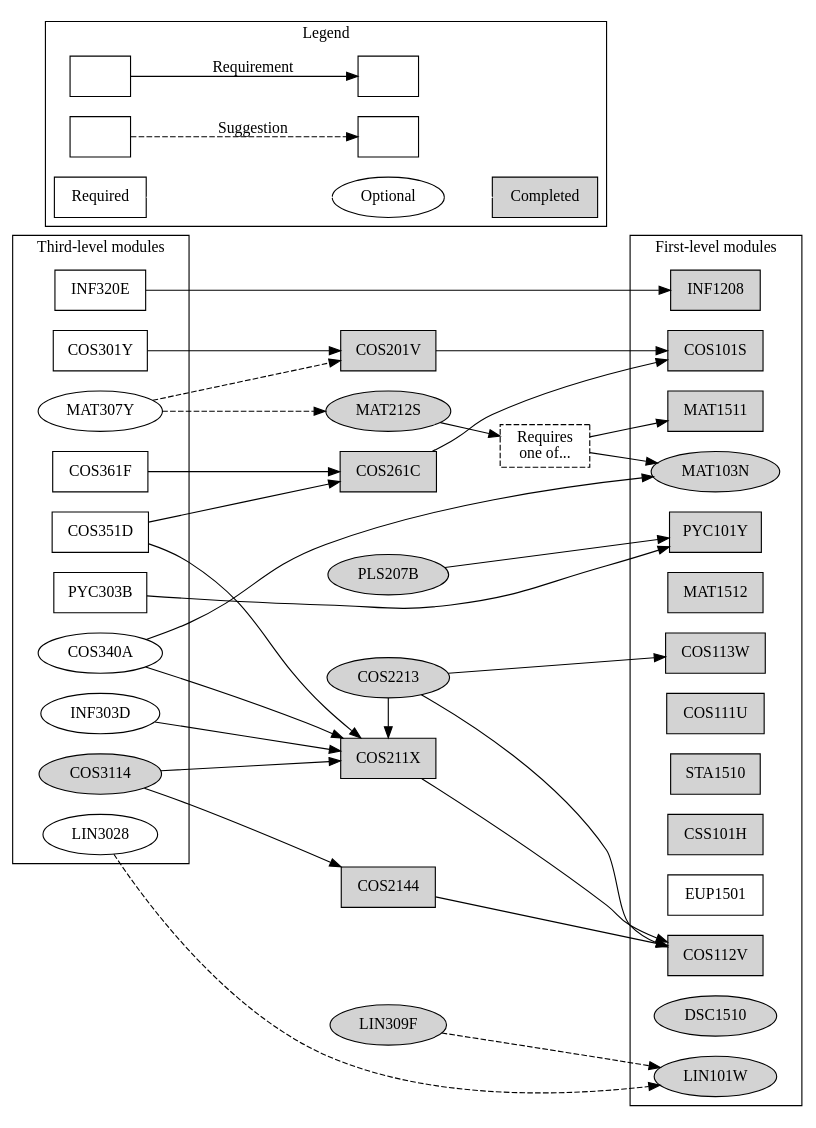
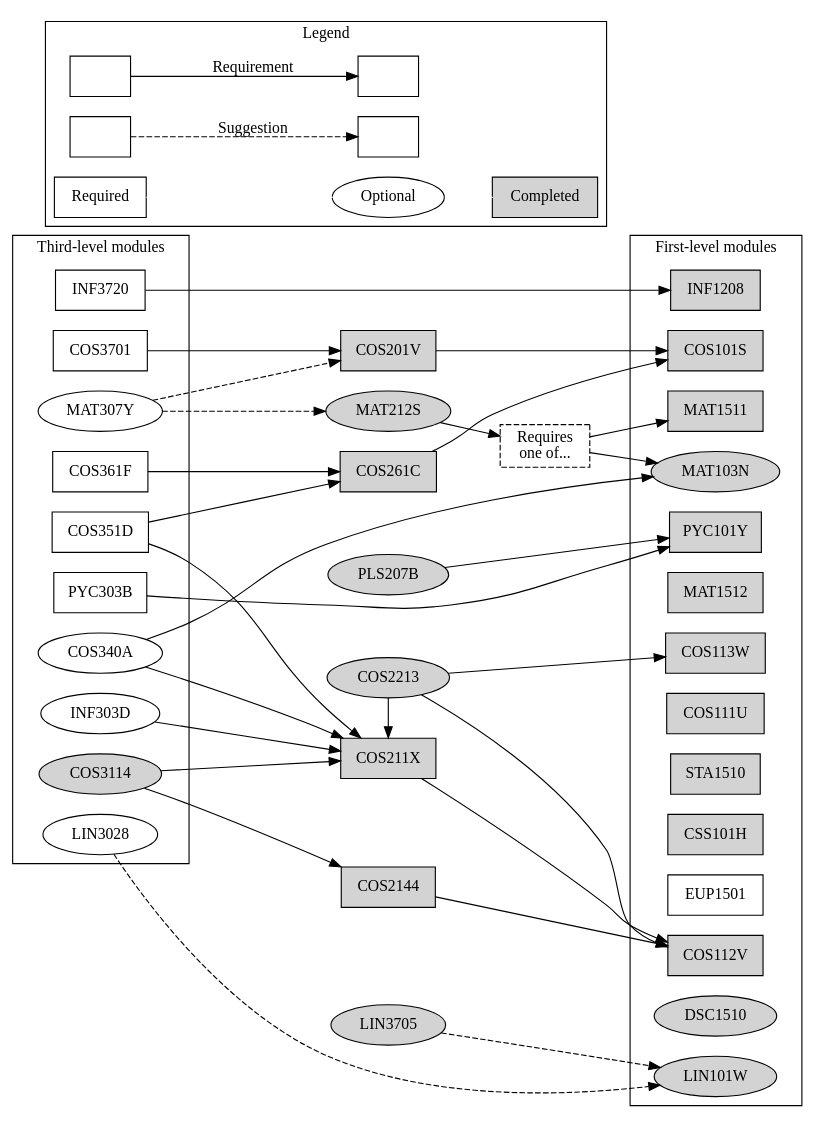
One commit to apauley/unisa-module-graph changed the diagram in ComputationalIntelligence.dot. Above: the diagram before and after it, drawn with Graphviz. The commit also changed 1 other file, not shown here.

```diff
--- a/ComputationalIntelligence.dot
+++ b/ComputationalIntelligence.dot
@@ -1,85 +1,85 @@
 digraph ComputationalIntelligence {
     node [shape=box];
     rankdir=LR;
 
     subgraph cluster3 {
         label = "Third-level modules";
 
         {rank=same;
-        COS301Y INF320E COS351D COS361F PYC303B}
+        COS3701 INF3720 COS351D COS361F PYC303B}
 
         {rank=same; node [shape=ellipse];
         COS3114 [style=filled]
         MAT307Y COS340A
         INF303D
         LIN3028}
     }
 
     {rank=same; node [style=filled];
     COS201V COS211X COS261C COS2144}
 
     {rank=same; node [style=filled]; node [shape=ellipse];
-    PLS207B MAT212S COS2213 LIN309F}
+    PLS207B MAT212S COS2213 LIN3705}
 
     MAT103OR151 [label="Requires\none of...", style=dashed];
 
     subgraph cluster1 {
         label = "First-level modules";
 
         {rank=same;
         {node [style=filled];
               COS101S COS112V COS113W INF1208 MAT1511 MAT1512
               PYC101Y COS111U STA1510 CSS101H}
         EUP1501}
 
         {rank=same; node [shape=ellipse];
             {node [style=filled];
                 MAT103N DSC1510 LIN101W}}
     }
 
 
     subgraph cluster0 {
         rankdir=LR;
         label = "Legend";
 
         Module1 [label=""];
         Module2 [label=""];
         Module3 [label=""];
         Module4 [label=""];
         Module2 -> Module1 [label="Requirement"]
         Module4 -> Module3 [label="Suggestion", style=dashed]
 
         Required;
         Completed [style=filled];
         Optional [shape=ellipse];
         Required -> Optional [color=white];
         Optional -> Completed [color=white];
     }
 
 
-    COS301Y -> {COS201V}
-    INF320E -> {INF1208}
+    COS3701 -> {COS201V}
+    INF3720 -> {INF1208}
     COS351D -> {COS211X COS261C}
     COS361F -> {COS261C}
     PYC303B -> {PYC101Y}
 
     COS3114 -> {COS211X COS2144}
     MAT307Y -> {MAT212S COS201V} [style=dashed]
     INF303D -> {COS211X}
     LIN3028 -> {LIN101W} [style=dashed]
     COS340A -> {COS211X MAT103N}
 
 
     COS201V -> {COS101S}
     COS211X -> {COS112V}
     COS261C -> {COS101S}
     COS2144 -> {COS112V}
 
     {rank=same; COS2213 COS211X}
     COS2213 -> {COS112V COS113W}
     COS2213 -> {COS211X}
     MAT212S -> {MAT103OR151}
     MAT103OR151 -> {MAT103N MAT1511}
-    LIN309F -> {LIN101W} [style=dashed]
+    LIN3705 -> {LIN101W} [style=dashed]
     PLS207B -> {PYC101Y}
 }
```
